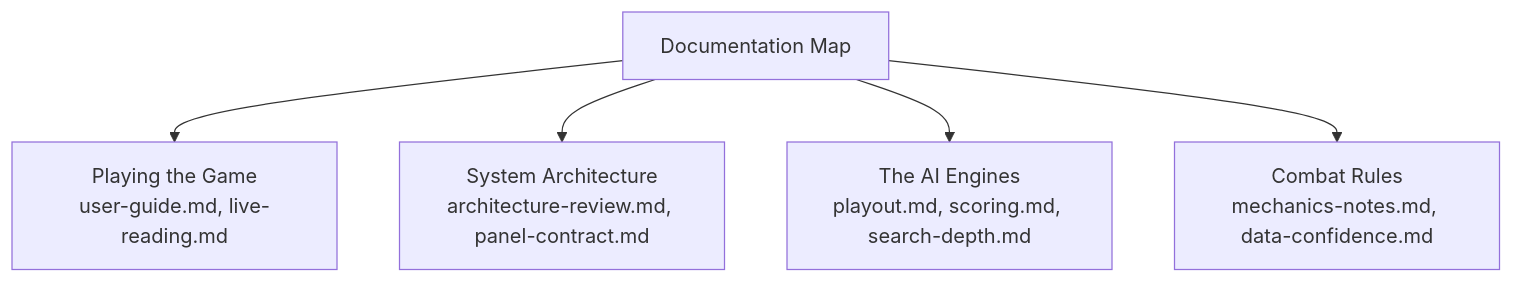
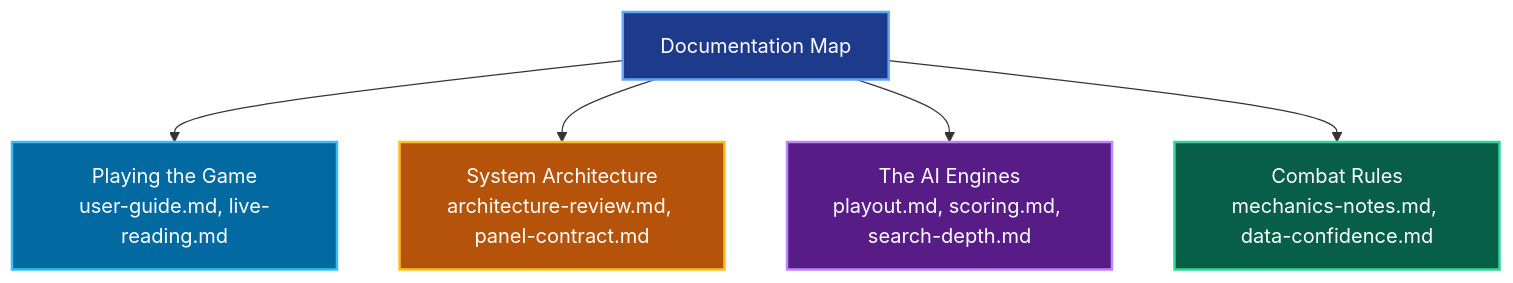
One commit to Angle-Brackets/TTRSolver changed the diagram in docs/README.md. Above: the diagram before and after it, drawn with Mermaid. The commit also changed 9 other files, not shown here.

Commit message:
docs: color-code all Mermaid diagrams with distinct visual themes

````diff
--- a/docs/README.md
+++ b/docs/README.md
@@ -11,8 +11,20 @@
 ```mermaid
 flowchart TD
+    classDef mapNode fill:#1e3a8a,stroke:#60a5fa,stroke-width:2px,color:#ffffff
+    classDef userNode fill:#0369a1,stroke:#38bdf8,stroke-width:2px,color:#ffffff
+    classDef archNode fill:#b45309,stroke:#fbbf24,stroke-width:2px,color:#ffffff
+    classDef engNode fill:#581c87,stroke:#c084fc,stroke-width:2px,color:#ffffff
+    classDef combatNode fill:#065f46,stroke:#34d399,stroke-width:2px,color:#ffffff
+
     Start["Documentation Map"]
     Start --> User["Playing the Game<br/>user-guide.md, live-reading.md"]
     Start --> Arch["System Architecture<br/>architecture-review.md, panel-contract.md"]
     Start --> Engines["The AI Engines<br/>playout.md, scoring.md, search-depth.md"]
     Start --> Combat["Combat Rules<br/>mechanics-notes.md, data-confidence.md"]
+
+    class Start mapNode
+    class User userNode
+    class Arch archNode
+    class Engines engNode
+    class Combat combatNode
 ```
````
